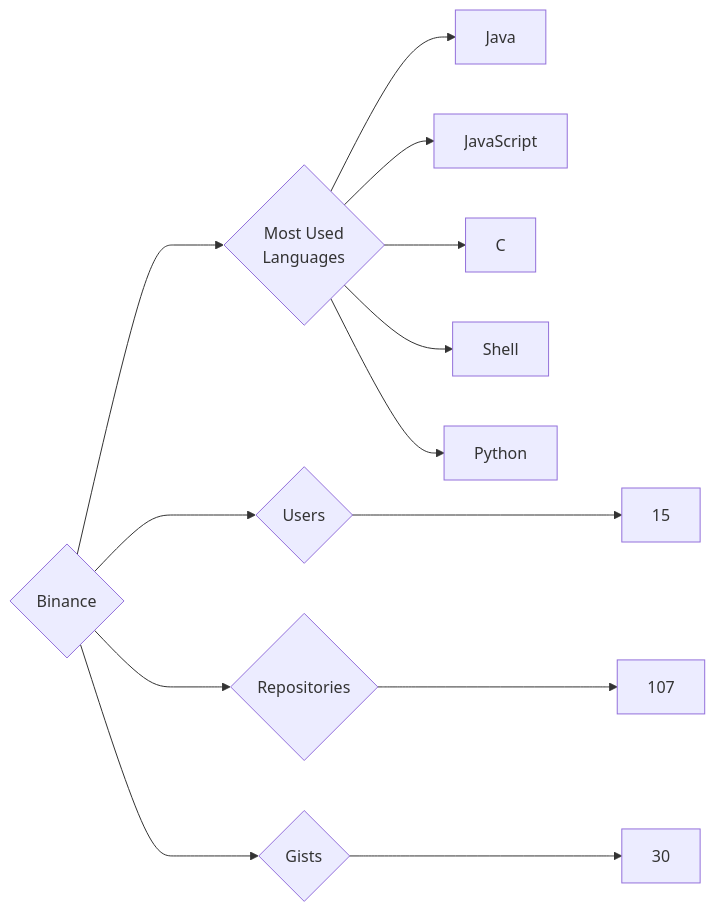
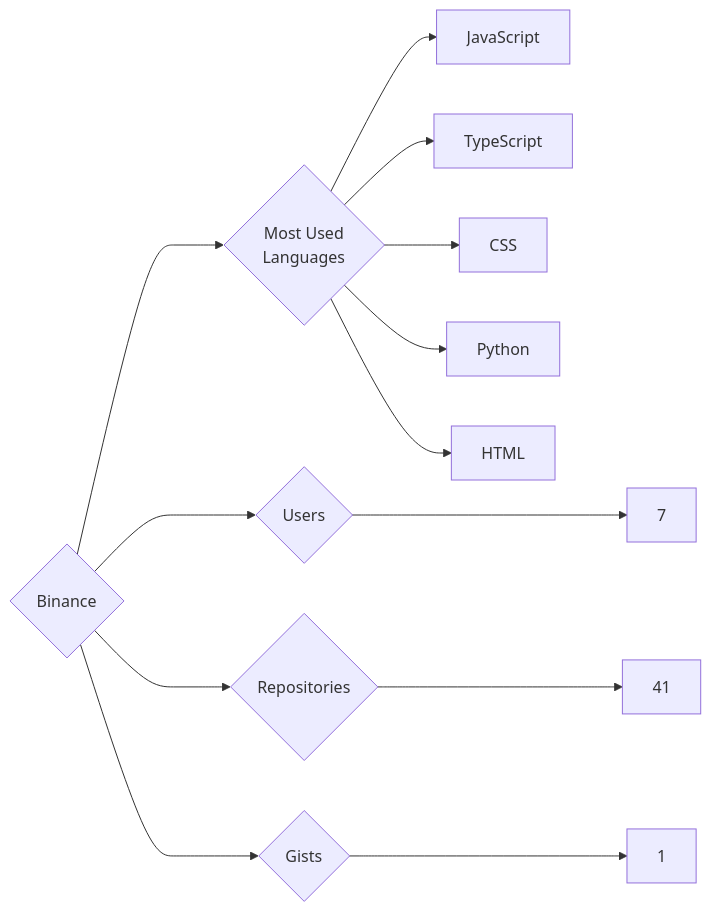
The diagram in targets/Binance/README.md (trickest/insiders), drawn with Mermaid before and after one commit. The commit also changed 925 other files, not shown here.

````diff
--- a/targets/Binance/README.md
+++ b/targets/Binance/README.md
@@ -3,13 +3,13 @@
 ```mermaid
 graph LR
 COMPANY_NAME{Binance}
-COMPANY_NAME ---> U{Users} ---> UN[15]
-COMPANY_NAME ---> R{Repositories} ---> RN[107]
-COMPANY_NAME ---> G{Gists} ---> GN[30]
+COMPANY_NAME ---> U{Users} ---> UN[7]
+COMPANY_NAME ---> R{Repositories} ---> RN[41]
+COMPANY_NAME ---> G{Gists} ---> GN[1]
 COMPANY_NAME ---> ML{Most Used<br>Languages}
-ML --> Java[Java]
 ML --> JavaScript[JavaScript]
-ML --> C[C]
-ML --> Shell[Shell]
+ML --> TypeScript[TypeScript]
+ML --> CSS[CSS]
 ML --> Python[Python]
+ML --> HTML[HTML]
 ```
````
